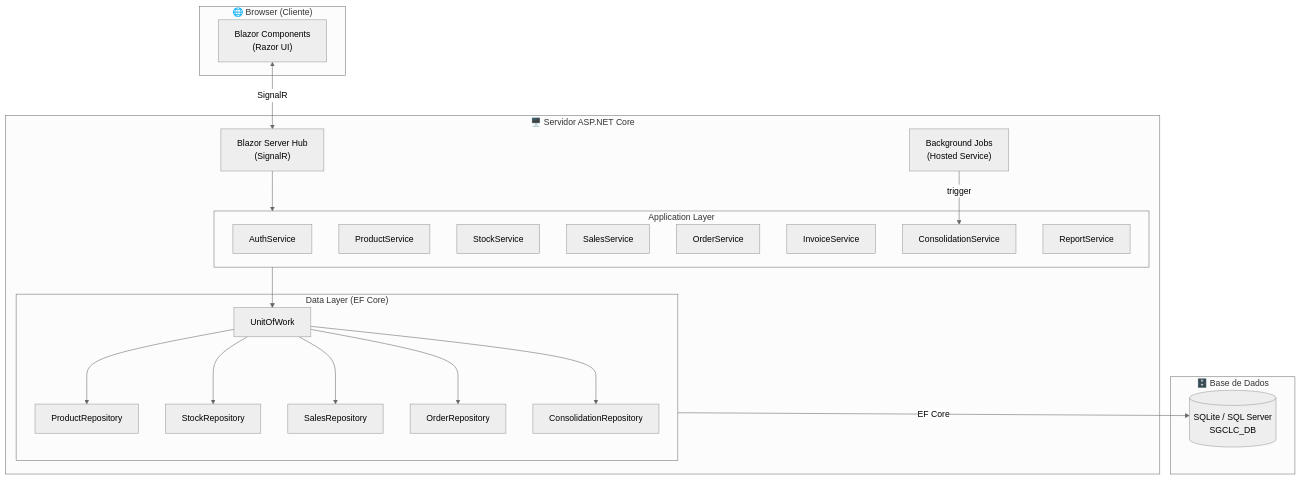
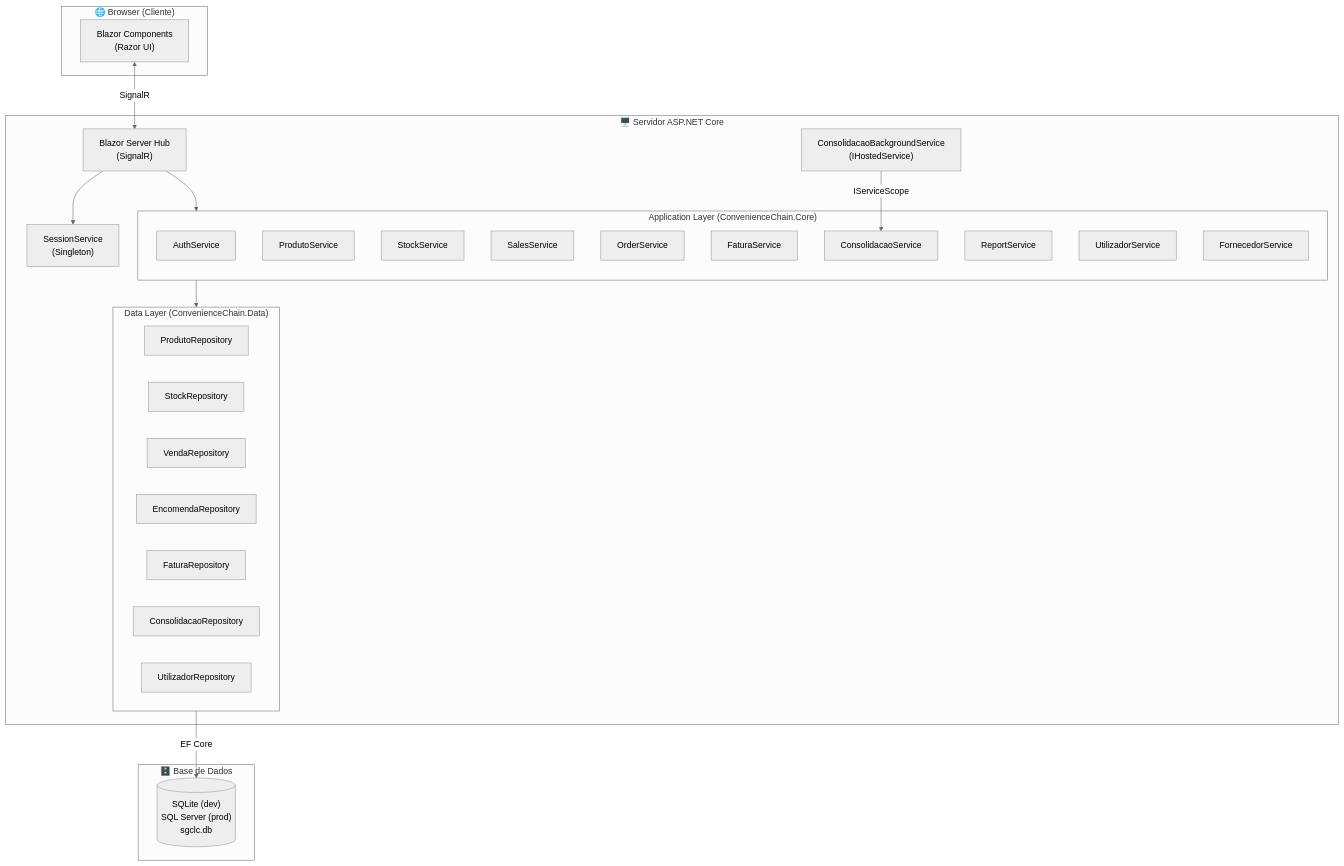
One commit to macieluis/LI4 changed the first of 5 diagrams in docs/etapa2/architecture.md. Above: the diagram before and after it, drawn with Mermaid (neutral theme). The commit also changed other lines of this file and 6 other files, not shown here.

First line of the commit message:
feat: prazos de validade, diagramas actualizados, secção LLM no relatório

````diff
--- a/docs/etapa2/architecture.md
+++ b/docs/etapa2/architecture.md
@@ -34,47 +34,47 @@
 ```mermaid
 graph TB
     subgraph Cliente["🌐 Browser (Cliente)"]
         UI["Blazor Components\n(Razor UI)"]
     end
 
     subgraph Servidor["🖥️ Servidor ASP.NET Core"]
         BL["Blazor Server Hub\n(SignalR)"]
         
-        subgraph AppLayer["Application Layer"]
+        subgraph AppLayer["Application Layer (ConvenienceChain.Core)"]
             AuthSvc["AuthService"]
-            ProdSvc["ProductService"]
+            ProdSvc["ProdutoService"]
             StockSvc["StockService"]
             SalesSvc["SalesService"]
             OrderSvc["OrderService"]
-            InvSvc["InvoiceService"]
-            ConsSvc["ConsolidationService"]
+            FaturaSvc["FaturaService"]
+            ConsSvc["ConsolidacaoService"]
             RepSvc["ReportService"]
+            UtilSvc["UtilizadorService"]
+            FornSvc["FornecedorService"]
         end
 
-        subgraph DataLayer["Data Layer (EF Core)"]
-            UoW["UnitOfWork"]
-            ProdRepo["ProductRepository"]
+        subgraph DataLayer["Data Layer (ConvenienceChain.Data)"]
+            ProdRepo["ProdutoRepository"]
             StockRepo["StockRepository"]
-            SalesRepo["SalesRepository"]
-            OrderRepo["OrderRepository"]
-            ConRepo["ConsolidationRepository"]
+            VendaRepo["VendaRepository"]
+            EncomRepo["EncomendaRepository"]
+            FaturaRepo["FaturaRepository"]
+            ConsRepo["ConsolidacaoRepository"]
+            UtilRepo["UtilizadorRepository"]
         end
 
-        Jobs["Background Jobs\n(Hosted Service)"]
+        Jobs["ConsolidacaoBackgroundService\n(IHostedService)"]
+        Session["SessionService\n(Singleton)"]
     end
 
     subgraph BD["🗄️ Base de Dados"]
-        DB[("SQLite / SQL Server\nSGCLC_DB")]
+        DB[("SQLite (dev)\nSQL Server (prod)\nsgclc.db")]
     end
 
     UI <-->|SignalR| BL
     BL --> AppLayer
-    AppLayer --> UoW
-    UoW --> ProdRepo
-    UoW --> StockRepo
-    UoW --> SalesRepo
-    UoW --> OrderRepo
-    UoW --> ConRepo
+    BL --> Session
+    AppLayer --> DataLayer
     DataLayer -->|EF Core| DB
-    Jobs -->|trigger| ConsSvc
+    Jobs -->|IServiceScope| ConsSvc
 ```
````
